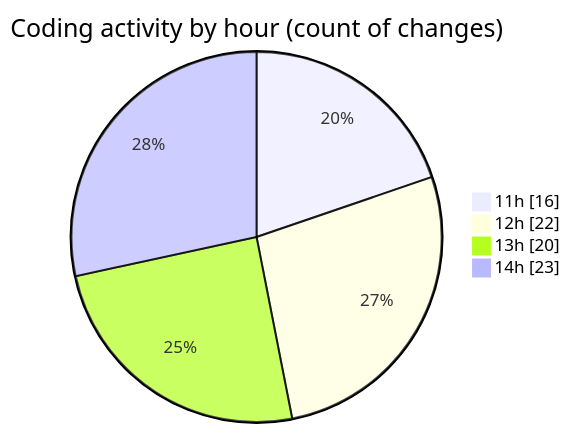
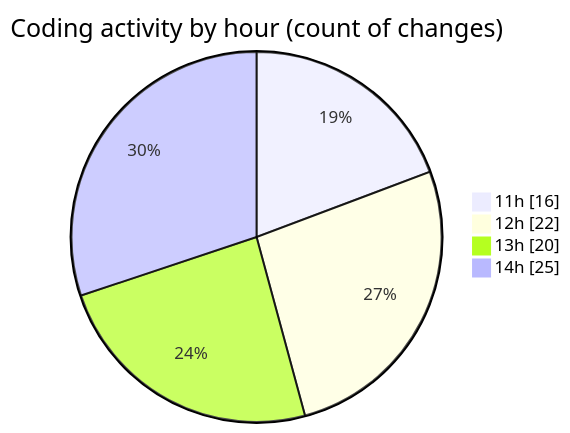
One commit to donsfak/code-tracking changed the second of 2 diagrams in 2025-03-25/wordle/README.md. Above: the diagram before and after it, drawn with Mermaid. The commit also changed other lines of this file and 1 other file, not shown here.

````diff
--- a/2025-03-25/wordle/README.md
+++ b/2025-03-25/wordle/README.md
@@ -36,8 +36,8 @@
 ```mermaid
 pie showData
 title Coding activity by hour (count of changes)
 "11h" : 16
 "12h" : 22
 "13h" : 20
-"14h" : 23
+"14h" : 25
 ```
````
